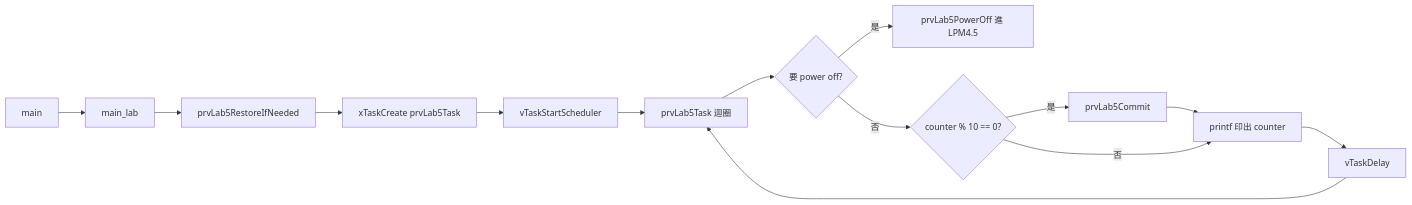
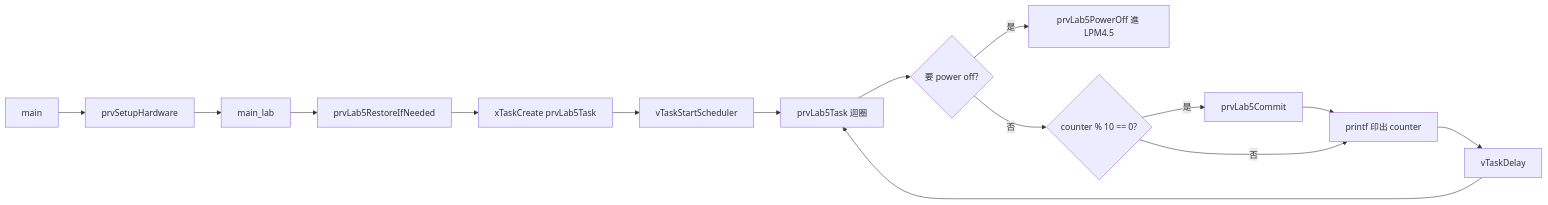
The first of 2 diagrams in lab5/lab5.md (Esther125/rtos-labs), drawn with Mermaid before and after one commit. The commit also changed other lines of this file, not shown here.

Commit message:
docs(lab5): add asm walkthrough, fix inaccurate wording, annotate flowcharts

````diff
--- a/lab5/lab5.md
+++ b/lab5/lab5.md
@@ -94,16 +99,17 @@
     ```mermaid
     flowchart LR
-        A[main] --> B[main_lab]
+        A[main] --> A2[prvSetupHardware]
+        A2 --> B[main_lab]
         B --> C[prvLab5RestoreIfNeeded]
         C --> D[xTaskCreate prvLab5Task]
         D --> E[vTaskStartScheduler]
         E --> F[prvLab5Task 迴圈]
         F --> G{要 power off?}
         G -- 是 --> H[prvLab5PowerOff 進 LPM4.5]
         G -- 否 --> I{counter % 10 == 0?}
         I -- 是 --> J[prvLab5Commit]
         J --> K[printf 印出 counter]
         I -- 否 --> K
         K --> L[vTaskDelay]
         L --> F
     ```
````
